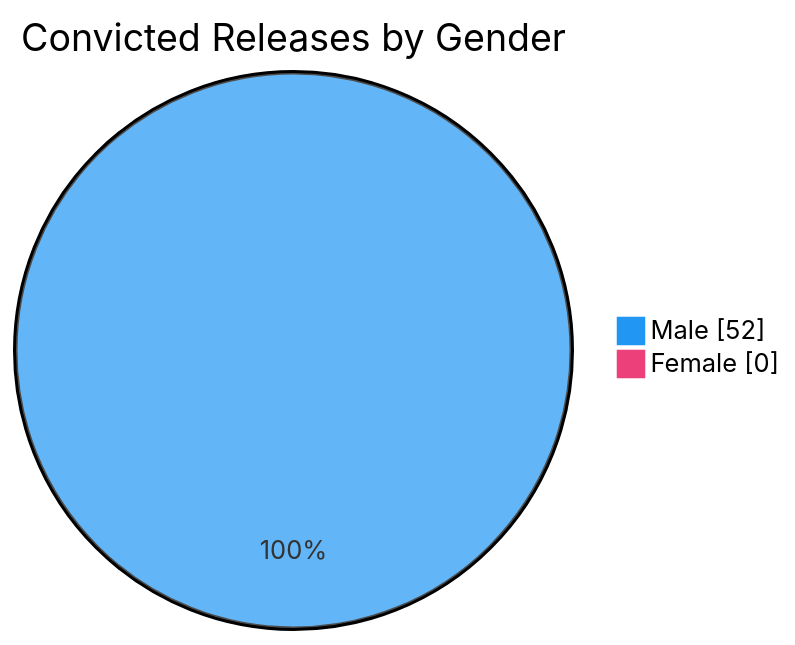
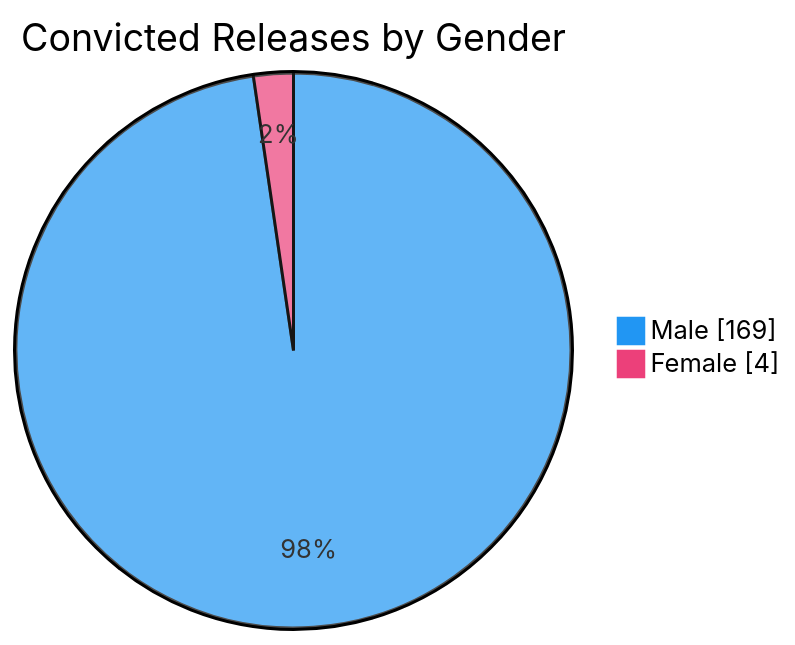
Before and after one commit to nuuuwan/lk_prisons: the sixth of 7 diagrams in README.md, drawn with Mermaid. The commit also changed other lines of this file and 1 other file, not shown here.

````diff
--- a/README.md
+++ b/README.md
@@ -98,6 +98,6 @@
 ```mermaid
 %%{init: {'themeVariables': {'pie1': '#2196F3', 'pie2': '#EC407A'}}}%%
 pie showData title Convicted Releases by Gender
-    "Male" : 52
-    "Female" : 0
+    "Male" : 169
+    "Female" : 4
 ```
````
